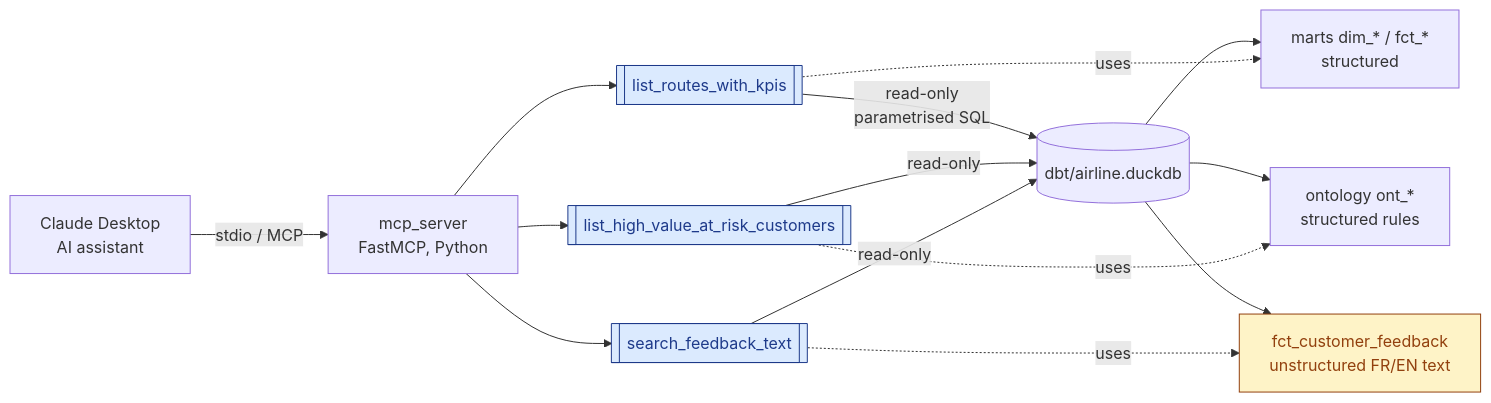
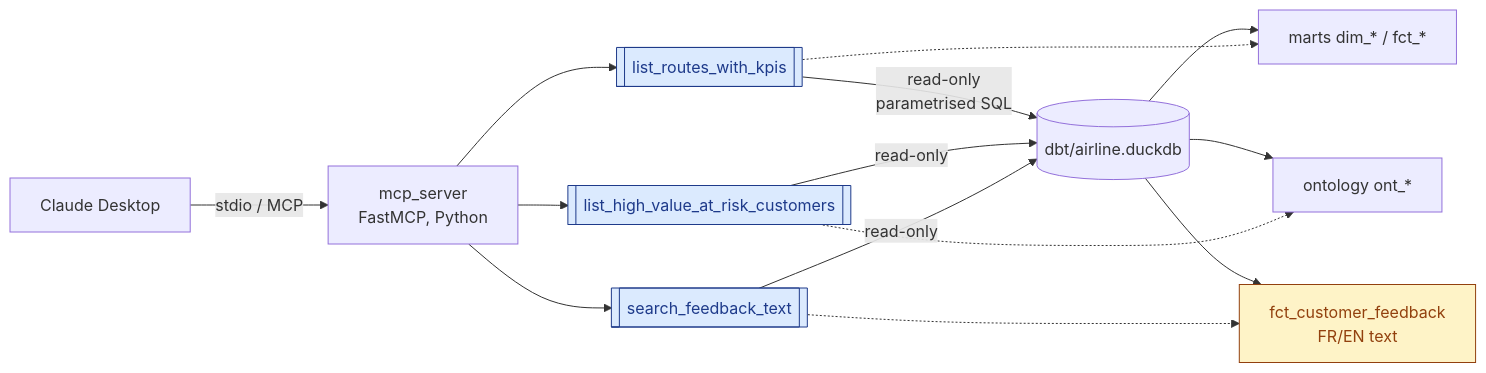
One commit to Yann-Axel/engineer_analytics_challenge_aci changed the diagram in docs/11_mcp_architecture.md. Above: the diagram before and after it, drawn with Mermaid. The commit also changed other lines of this file and 13 other files, not shown here.

````diff
--- a/docs/11_mcp_architecture.md
+++ b/docs/11_mcp_architecture.md
@@ -9,26 +7,21 @@
 ```mermaid
 flowchart LR
-    CD[Claude Desktop<br/>AI assistant]
-    CD -->|stdio / MCP| SRV[mcp_server<br/>FastMCP, Python]
-
+    CD[Claude Desktop] -->|stdio / MCP| SRV[mcp_server<br/>FastMCP, Python]
     SRV --> T1[[list_routes_with_kpis]]
     SRV --> T2[[list_high_value_at_risk_customers]]
     SRV --> T3[[search_feedback_text]]
-
     T1 -->|read-only<br/>parametrised SQL| DB[(dbt/airline.duckdb)]
     T2 -->|read-only| DB
     T3 -->|read-only| DB
-
-    DB --> M[marts dim_* / fct_*<br/>structured]
-    DB --> O[ontology ont_*<br/>structured rules]
-    DB --> F[fct_customer_feedback<br/>unstructured FR/EN text]
-
-    T1 -.uses.-> M
-    T2 -.uses.-> O
-    T3 -.uses.-> F
+    DB --> M[marts dim_* / fct_*]
+    DB --> O[ontology ont_*]
+    DB --> F[fct_customer_feedback<br/>FR/EN text]
+    T1 -.-> M
+    T2 -.-> O
+    T3 -.-> F
 
     classDef tool fill:#dbeafe,stroke:#1e3a8a,color:#1e3a8a
     classDef unstr fill:#fef3c7,stroke:#92400e,color:#92400e
     class T1,T2,T3 tool
     class F unstr
 ```
````
